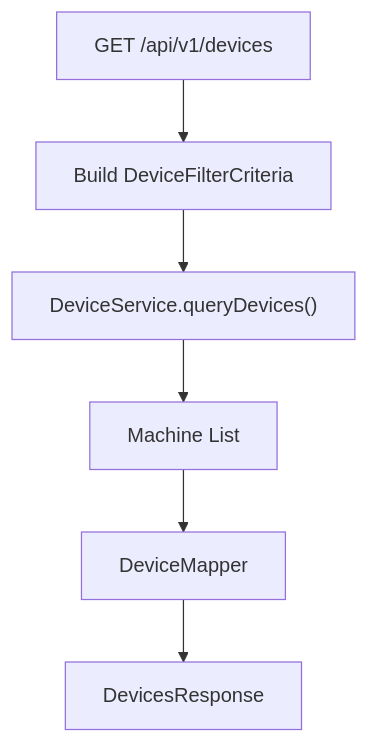
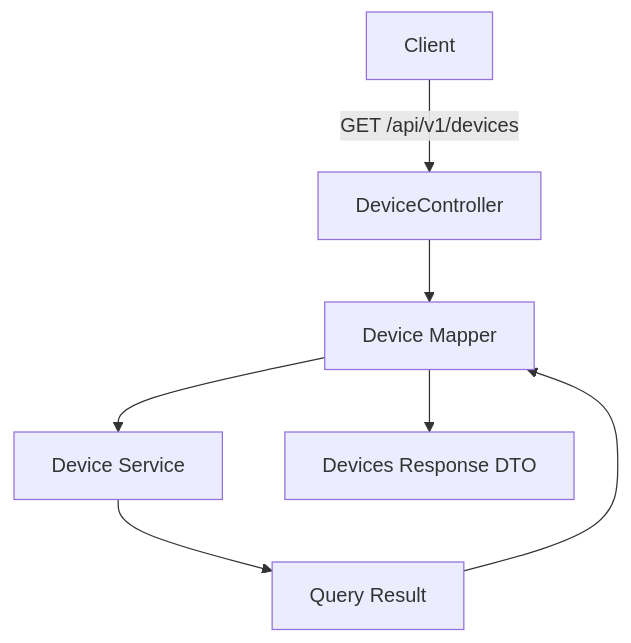
Before and after one commit to flamingo-stack/openframe-oss-lib: the diagram in docs/diagrams/architecture/external-api-service-core-2.mmd, drawn with Mermaid. The commit also changed 172 other files, not shown here.

```diff
--- a/docs/diagrams/architecture/external-api-service-core-2.mmd
+++ b/docs/diagrams/architecture/external-api-service-core-2.mmd
@@ -1,6 +1,7 @@
 flowchart TD
-    Req["GET /api/v1/devices"] --> BuildFilter["Build DeviceFilterCriteria"]
-    BuildFilter --> DeviceServiceCall["DeviceService.queryDevices()"]
-    DeviceServiceCall --> Result["Machine List"]
-    Result --> Mapper["DeviceMapper"]
-    Mapper --> Response["DevicesResponse"]
+    Client -->|"GET /api/v1/devices"| DeviceController
+    DeviceController --> Mapper["Device Mapper"]
+    Mapper --> DeviceService["Device Service"]
+    DeviceService --> Result["Query Result"]
+    Result --> Mapper
+    Mapper --> DevicesResponse["Devices Response DTO"]
```
